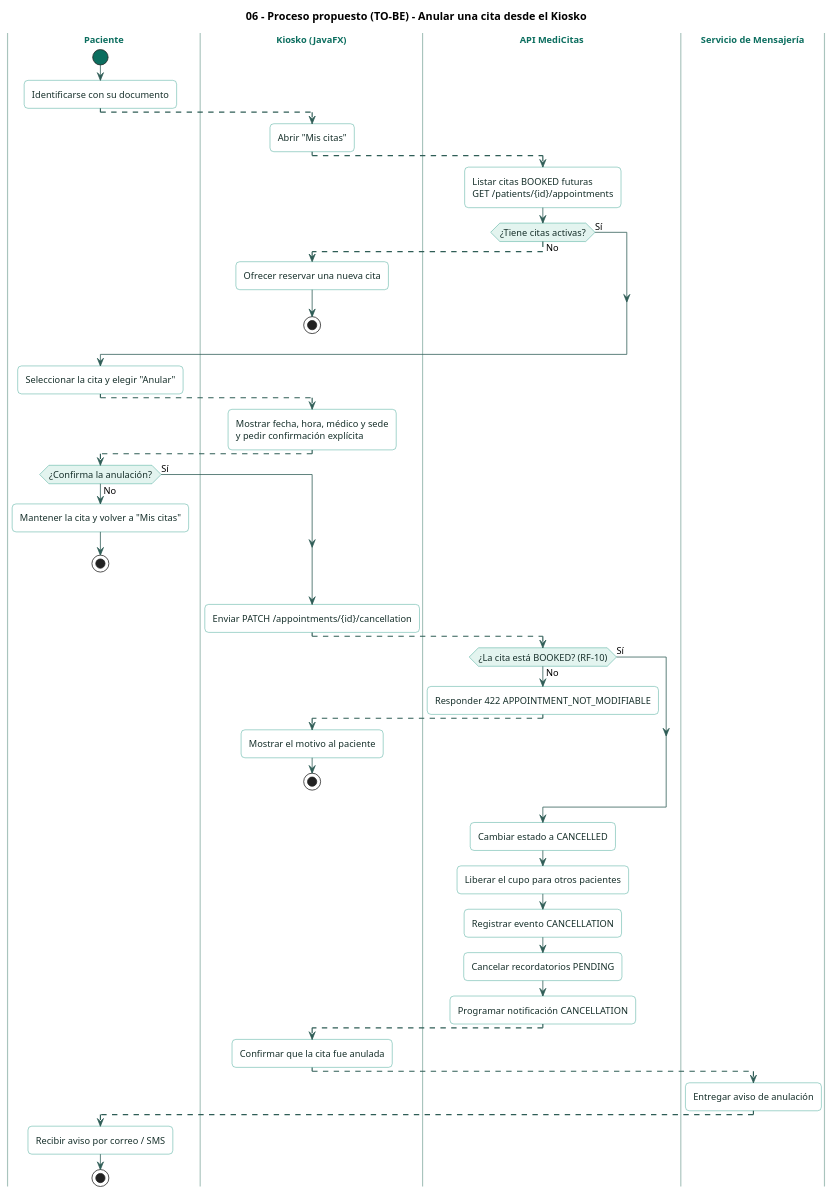
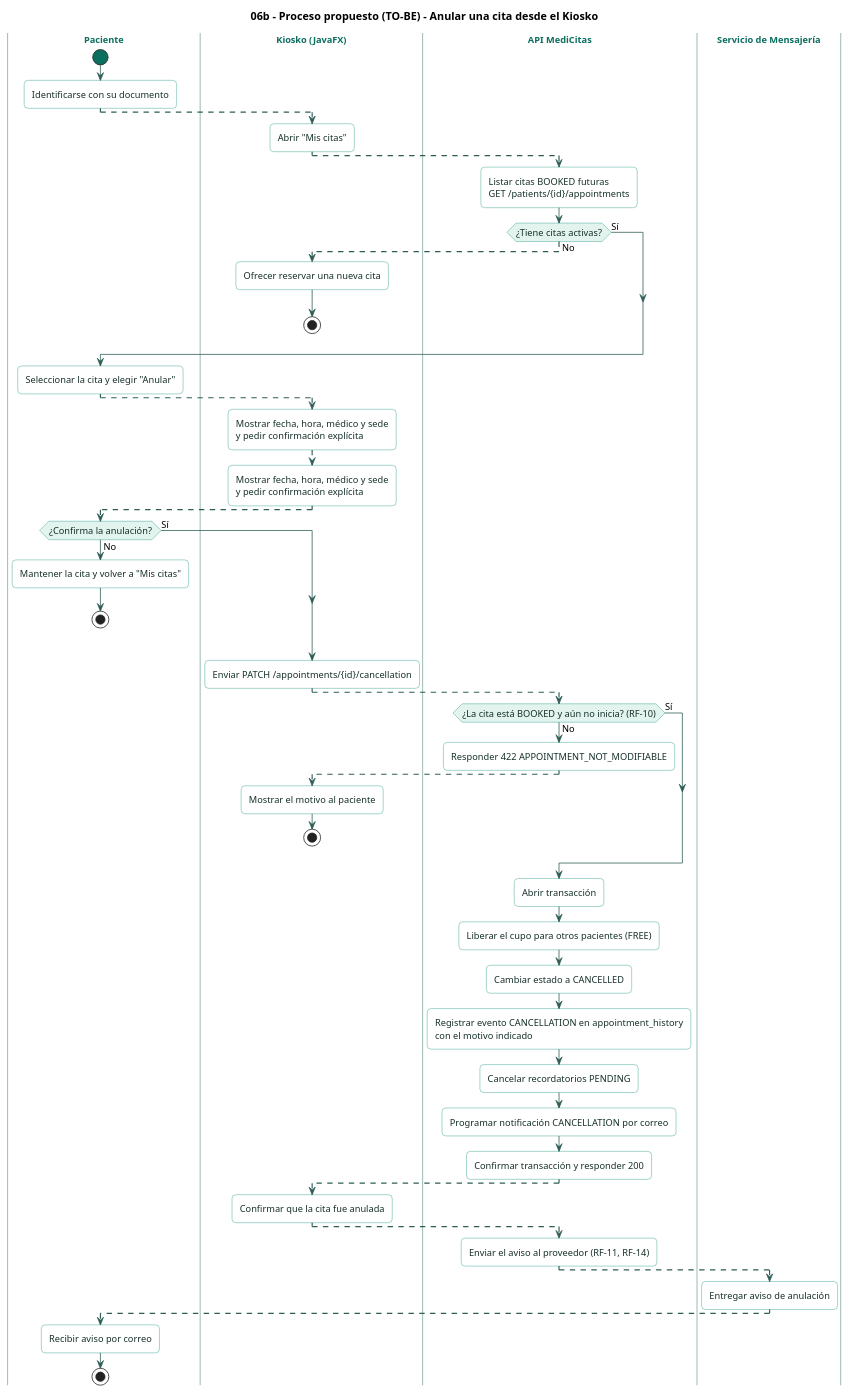
The diagram in docs/diagrams/06-process-cancellation.puml (Jimena-CC/ProyectoCitasMedicas), drawn with PlantUML before and after one commit. The commit also changed 19 other files, not shown here.

```diff
--- a/docs/diagrams/06-process-cancellation.puml
+++ b/docs/diagrams/06-process-cancellation.puml
@@ -1,105 +1,122 @@
 @startuml
-title 06 - Proceso propuesto (TO-BE) - Anular una cita desde el Kiosko
+title 06b - Proceso propuesto (TO-BE) - Anular una cita desde el Kiosko
 
 skinparam shadowing false
 skinparam roundCorner 10
 skinparam defaultFontName "Helvetica"
 skinparam defaultFontSize 12
 skinparam ArrowColor #2F5D56
 skinparam SwimlaneBorderColor #A9C4BD
 skinparam SwimlaneTitleFontColor #0C6E5F
 skinparam SwimlaneTitleFontStyle bold
 skinparam activity {
   BackgroundColor #FFFFFF
   BorderColor #13917D
   FontColor #17302B
   DiamondBackgroundColor #E3F4EF
   DiamondBorderColor #13917D
   StartColor #0C6E5F
   EndColor #0C6E5F
 }
 skinparam note {
   BackgroundColor #FFF8E6
   BorderColor #D9B45A
   FontColor #3D3321
 }
 
 ' Orden de los carriles
 |Paciente|
 |Kiosko (JavaFX)|
 |API MediCitas|
 |Servicio de Mensajería|
 
 |Paciente|
 start
 :Identificarse con su documento;
 -[#2F5D56,dashed]->
+-[#2F5D56,dashed]->
 
 |Kiosko (JavaFX)|
 :Abrir "Mis citas";
+-[#2F5D56,dashed]->
 -[#2F5D56,dashed]->
 
 |API MediCitas|
 :Listar citas BOOKED futuras
 GET /patients/{id}/appointments;
 
 if (¿Tiene citas activas?) then (No)
   -[#2F5D56,dashed]->
+  -[#2F5D56,dashed]->
   |Kiosko (JavaFX)|
   :Ofrecer reservar una nueva cita;
   stop
 else (Sí)
 endif
 -[#2F5D56,dashed]->
+-[#2F5D56,dashed]->
 
 |Paciente|
 :Seleccionar la cita y elegir "Anular";
 -[#2F5D56,dashed]->
+-[#2F5D56,dashed]->
 
 |Kiosko (JavaFX)|
+:Mostrar fecha, hora, médico y sede\ny pedir confirmación explícita;
+-[#2F5D56,dashed]->
 :Mostrar fecha, hora, médico y sede\ny pedir confirmación explícita;
 -[#2F5D56,dashed]->
 
 |Paciente|
 if (¿Confirma la anulación?) then (No)
   :Mantener la cita y volver a "Mis citas";
   stop
 else (Sí)
 endif
 -[#2F5D56,dashed]->
+-[#2F5D56,dashed]->
 
 |Kiosko (JavaFX)|
 :Enviar PATCH /appointments/{id}/cancellation;
 -[#2F5D56,dashed]->
+-[#2F5D56,dashed]->
 
 |API MediCitas|
-if (¿La cita está BOOKED? (RF-10)) then (No)
+if (¿La cita está BOOKED y aún no inicia? (RF-10)) then (No)
   :Responder 422 APPOINTMENT_NOT_MODIFIABLE;
+  -[#2F5D56,dashed]->
   -[#2F5D56,dashed]->
   |Kiosko (JavaFX)|
   :Mostrar el motivo al paciente;
   stop
 else (Sí)
 endif
 
 |API MediCitas|
+:Abrir transacción;
+:Liberar el cupo para otros pacientes (FREE);
 :Cambiar estado a CANCELLED;
-:Liberar el cupo para otros pacientes;
-:Registrar evento CANCELLATION;
+:Registrar evento CANCELLATION en appointment_history\ncon el motivo indicado;
 :Cancelar recordatorios PENDING;
-:Programar notificación CANCELLATION;
+:Programar notificación CANCELLATION por correo;
+:Confirmar transacción y responder 200;
 -[#2F5D56,dashed]->
 
 |Kiosko (JavaFX)|
 :Confirmar que la cita fue anulada;
 -[#2F5D56,dashed]->
 
+|API MediCitas|
+:Enviar el aviso al proveedor (RF-11, RF-14);
+-[#2F5D56,dashed]->
+
 |Servicio de Mensajería|
 :Entregar aviso de anulación;
 -[#2F5D56,dashed]->
+-[#2F5D56,dashed]->
 
 |Paciente|
-:Recibir aviso por correo / SMS;
+:Recibir aviso por correo;
 stop
 
 @enduml
```
